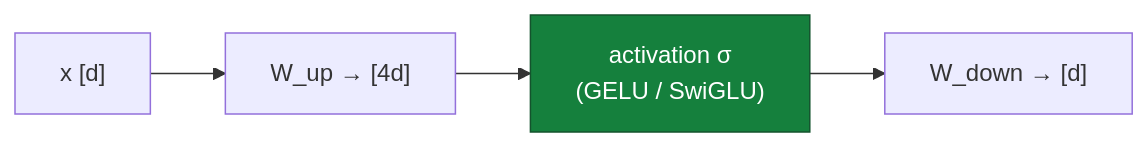
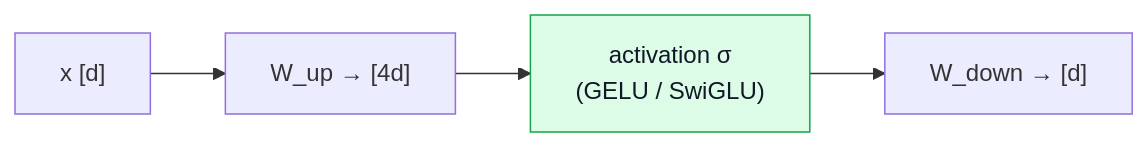
The seventh of 10 diagrams in docs/foundations/transformer-from-scratch.md (youyun8/deep-kernel-handbook), drawn with Mermaid before and after one commit. The commit also changed other lines of this file and 10 other files, not shown here.

Commit message:
docs: fix diagram contrast and home title

````diff
--- a/docs/foundations/transformer-from-scratch.md
+++ b/docs/foundations/transformer-from-scratch.md
@@ -191,8 +191,8 @@
 ```mermaid
 flowchart LR
     X["x [d]"] --> U["W_up → [4d]"]
     U --> A["activation σ<br/>(GELU / SwiGLU)"]
     A --> D["W_down → [d]"]
     class A accGreen;
-    classDef accGreen fill:#15803d,stroke:#14532d,color:#fff;
+    classDef accGreen fill:#dcfce7,stroke:#16a34a,color:#111827;
 ```
````
